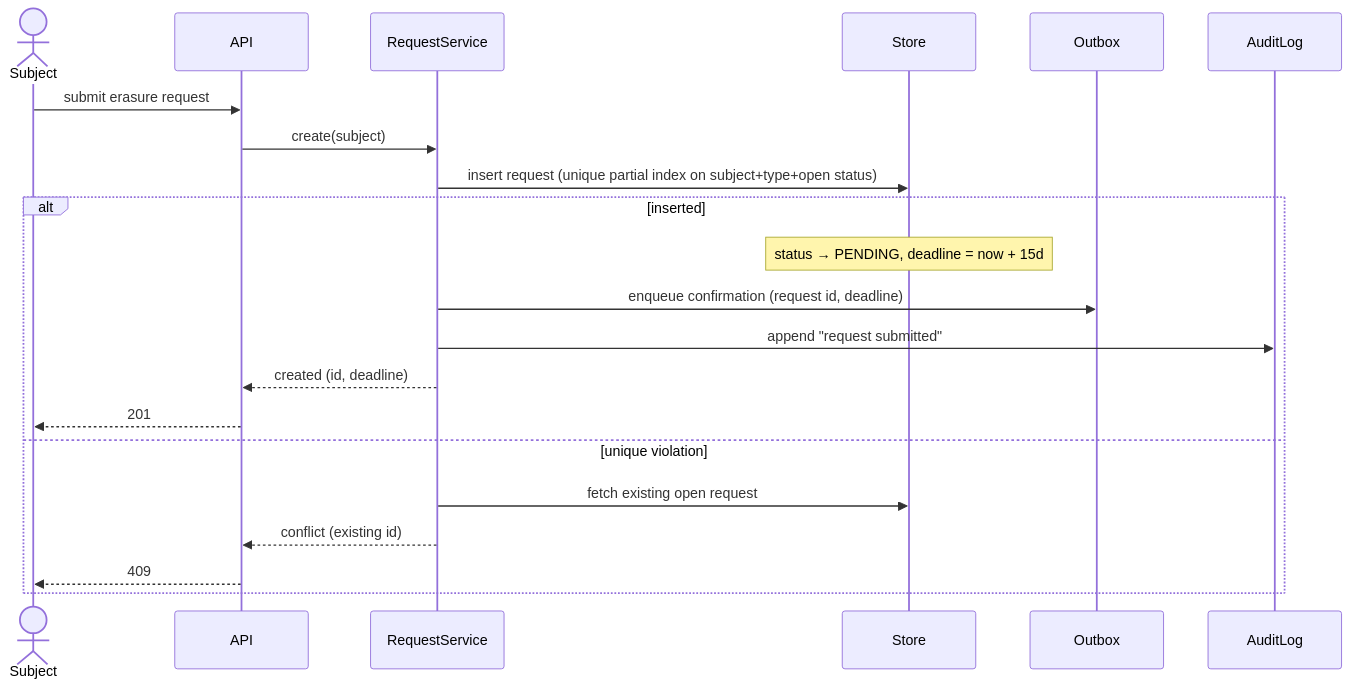
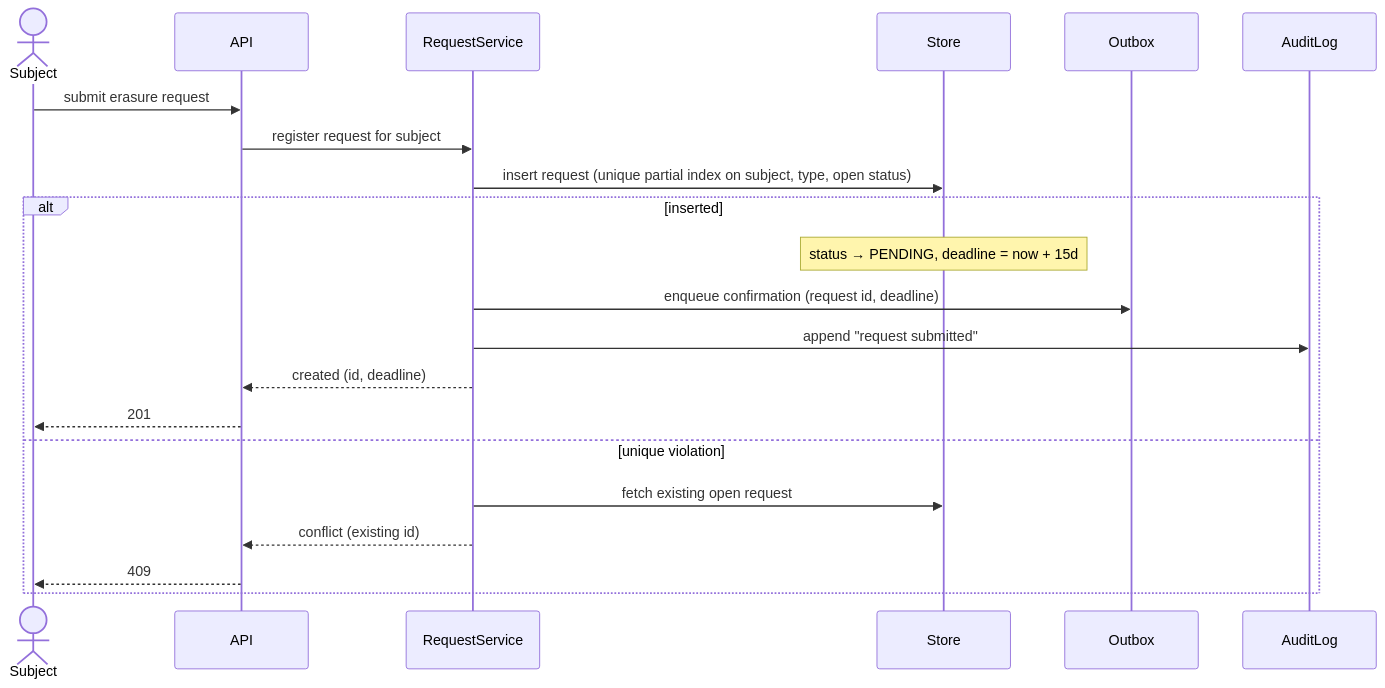
One commit to jctosta/claude-plugins changed the first of 3 diagrams in plugins/spec-workflow/skills/spec-workflow/examples/docs/features/erasure-request/design.md. Above: the diagram before and after it, drawn with Mermaid. The commit also changed other lines of this file and 9 other files, not shown here.

First line of the commit message:
Validate mermaid diagrams with maid

````diff
--- a/plugins/spec-workflow/skills/spec-workflow/examples/docs/features/erasure-request/design.md
+++ b/plugins/spec-workflow/skills/spec-workflow/examples/docs/features/erasure-request/design.md
@@ -25,24 +25,24 @@
 ```mermaid
 sequenceDiagram
     %% covers S-01.1, S-01.2, X-01
     actor Subject
     participant API
     participant RequestService
     participant Store
     participant Outbox
     participant AuditLog
     Subject->>API: submit erasure request
-    API->>RequestService: create(subject)
-    RequestService->>Store: insert request (unique partial index on subject+type+open status)
+    API->>RequestService: register request for subject
+    RequestService->>Store: insert request (unique partial index on subject, type, open status)
     alt inserted
         Note over Store: status → PENDING, deadline = now + 15d
         RequestService->>Outbox: enqueue confirmation (request id, deadline)
         RequestService->>AuditLog: append "request submitted"
         RequestService-->>API: created (id, deadline)
         API-->>Subject: 201
     else unique violation
         RequestService->>Store: fetch existing open request
         RequestService-->>API: conflict (existing id)
         API-->>Subject: 409
     end
 ```
````
